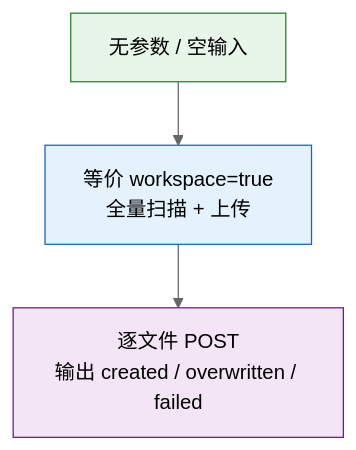
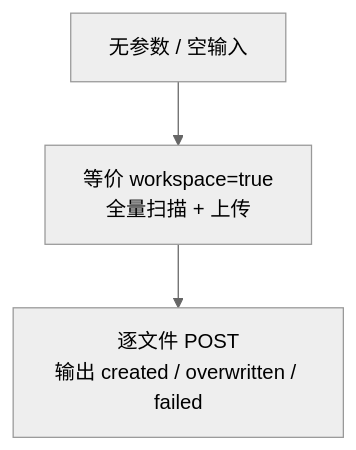
The seventh of 8 diagrams in skills/rui-import/SKILL.md (effiy/YrY), drawn with Mermaid (neutral theme) before and after one commit. The commit also changed other lines of this file and 38 other files, not shown here.

````diff
--- a/skills/rui-import/SKILL.md
+++ b/skills/rui-import/SKILL.md
@@ -318,9 +291,5 @@
 ```mermaid
 flowchart TD
     EMPTY["无参数 / 空输入"]:::src --> DEFAULT["等价 workspace=true<br/>全量扫描 + 上传"]:::op
     DEFAULT --> RESULT["逐文件 POST<br/>输出 created / overwritten / failed"]:::out
-
-    classDef src fill:#e8f5e9,stroke:#2e7d32;
-    classDef op fill:#e3f2fd,stroke:#1565c0;
-    classDef out fill:#f3e5f5,stroke:#6a1b9a;
 ```
````
